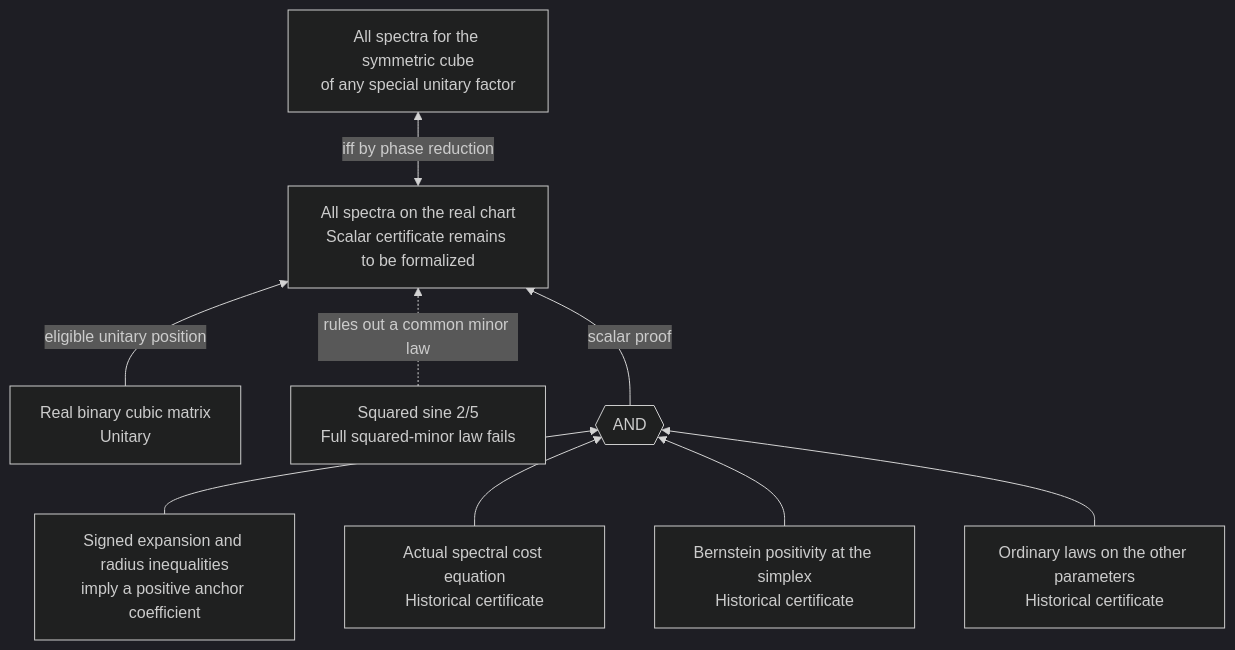
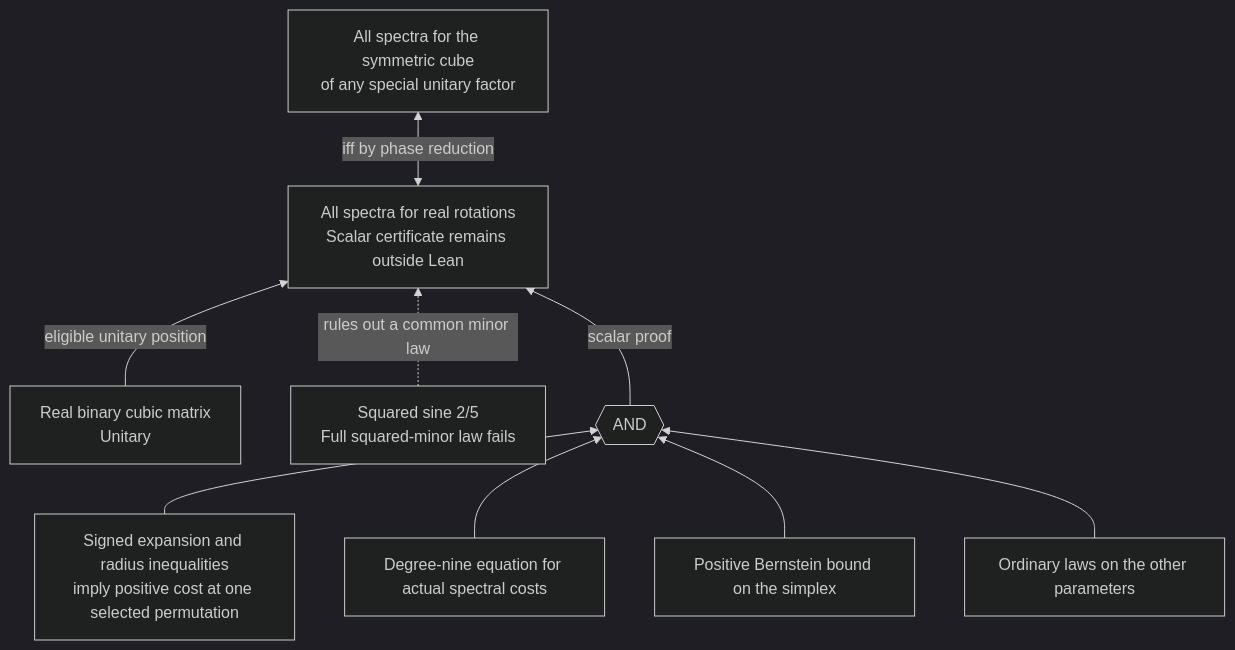
Before and after one commit to ascendnoosphere/MOC: the diagram in Docs/order-four-symmetric-cube-mixer-proof-map.md, drawn with Mermaid (dark theme). The commit also changed other lines of this file and 148 other files, not shown here.

````diff
--- a/Docs/order-four-symmetric-cube-mixer-proof-map.md
+++ b/Docs/order-four-symmetric-cube-mixer-proof-map.md
@@ -7,20 +13,20 @@
 ```mermaid
 flowchart BT
     Real["Real binary cubic matrix<br/>Unitary"]
-    Chart["All spectra on the real chart<br/>Scalar certificate remains to be formalized"]
+    Chart["All spectra for real rotations<br/>Scalar certificate remains outside Lean"]
     General["All spectra for the symmetric cube<br/>of any special unitary factor"]
     Obstruction["Squared sine 2/5<br/>Full squared-minor law fails"]
-    Normalize["Signed expansion and radius inequalities<br/>imply a positive anchor coefficient"]
-    Vanish["Actual spectral cost equation<br/>Historical certificate"]
-    Positive["Bernstein positivity at the simplex<br/>Historical certificate"]
-    Regular["Ordinary laws on the other parameters<br/>Historical certificate"]
+    Normalize["Signed expansion and radius inequalities<br/>imply positive cost at one selected permutation"]
+    Vanish["Degree-nine equation for actual spectral costs"]
+    Positive["Positive Bernstein bound on the simplex"]
+    Regular["Ordinary laws on the other parameters"]
     Gate{{"AND"}}
     Real -->|eligible unitary position| Chart
     Chart <-->|iff by phase reduction| General
     Obstruction -.->|rules out a common minor law| Chart
     Normalize --> Gate
     Vanish --> Gate
     Positive --> Gate
     Regular --> Gate
     Gate -->|scalar proof| Chart
 ```
````
